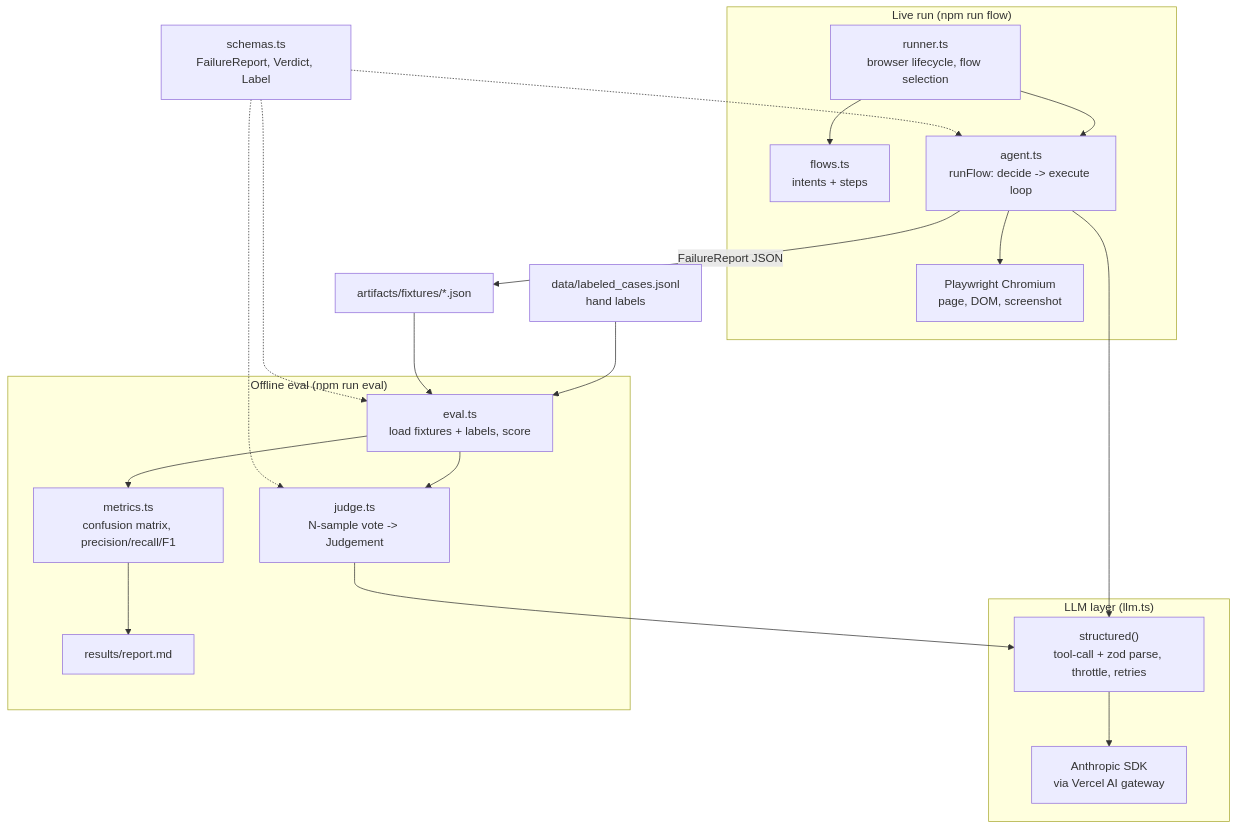
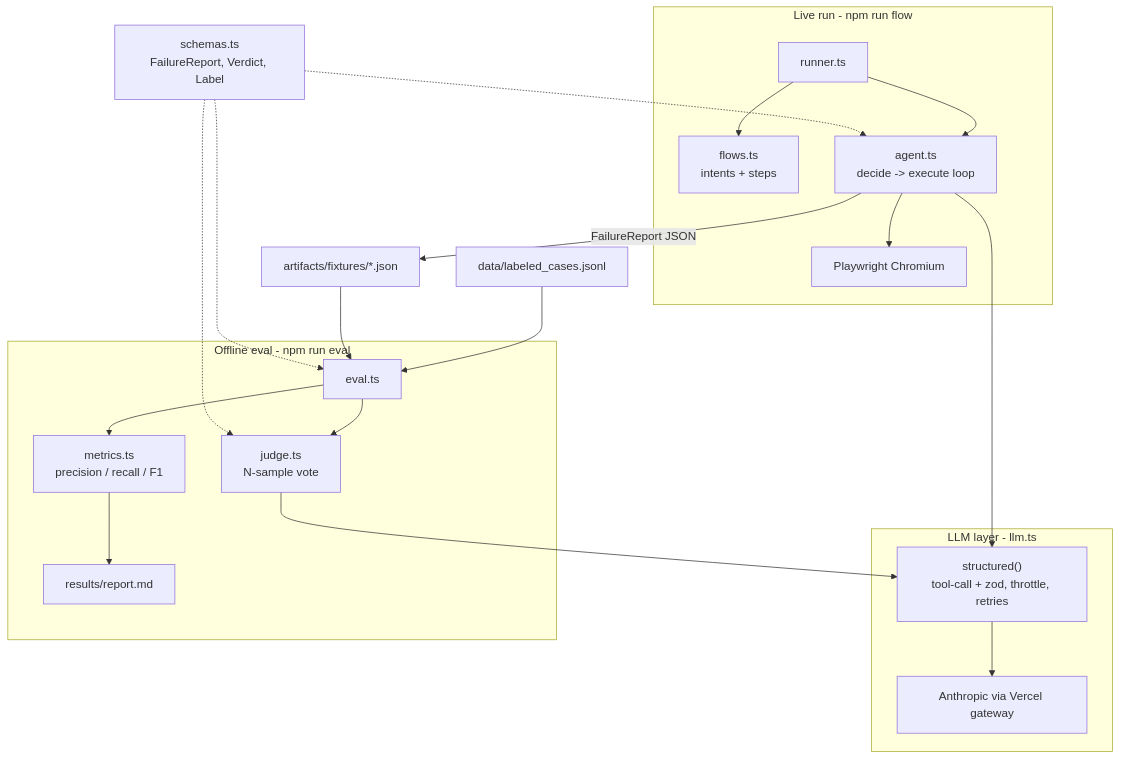
The second of 5 diagrams in README.md (TANICE-GAWD/holmes-watson), drawn with Mermaid before and after one commit. The commit also changed other lines of this file, not shown here.

Commit message:
better work flows

````diff
--- a/README.md
+++ b/README.md
@@ -55,37 +34,27 @@
 ```mermaid
 flowchart TD
-    subgraph live["Live run (npm run flow)"]
-        runner["runner.ts<br/>browser lifecycle, flow selection"]
-        flows["flows.ts<br/>intents + steps"]
-        agent["agent.ts<br/>runFlow: decide -> execute loop"]
-        pw["Playwright Chromium<br/>page, DOM, screenshot"]
-        runner --> flows
-        runner --> agent
-        agent --> pw
+    subgraph live["Live run - npm run flow"]
+        runner["runner.ts"] --> flows["flows.ts<br/>intents + steps"]
+        runner --> agent["agent.ts<br/>decide -> execute loop"]
+        agent --> pw["Playwright Chromium"]
     end
 
-    subgraph llm["LLM layer (llm.ts)"]
-        structured["structured()<br/>tool-call + zod parse, throttle, retries"]
-        gateway["Anthropic SDK<br/>via Vercel AI gateway"]
-        structured --> gateway
+    subgraph llm["LLM layer - llm.ts"]
+        structured["structured()<br/>tool-call + zod, throttle, retries"] --> gateway["Anthropic via Vercel gateway"]
     end
 
-    subgraph offline["Offline eval (npm run eval)"]
-        eval["eval.ts<br/>load fixtures + labels, score"]
-        judge["judge.ts<br/>N-sample vote -> Judgement"]
-        metrics["metrics.ts<br/>confusion matrix, precision/recall/F1"]
-        report["results/report.md"]
-        eval --> judge
-        eval --> metrics
-        metrics --> report
+    subgraph offline["Offline eval - npm run eval"]
+        eval["eval.ts"] --> judge["judge.ts<br/>N-sample vote"]
+        eval --> metrics["metrics.ts<br/>precision / recall / F1"]
+        metrics --> report["results/report.md"]
     end
 
     agent -->|"FailureReport JSON"| fixtures["artifacts/fixtures/*.json"]
-    labels["data/labeled_cases.jsonl<br/>hand labels"] --> eval
+    labels["data/labeled_cases.jsonl"] --> eval
     fixtures --> eval
     agent --> structured
     judge --> structured
     schemas["schemas.ts<br/>FailureReport, Verdict, Label"] -.-> agent
     schemas -.-> judge
     schemas -.-> eval
 ```
````
